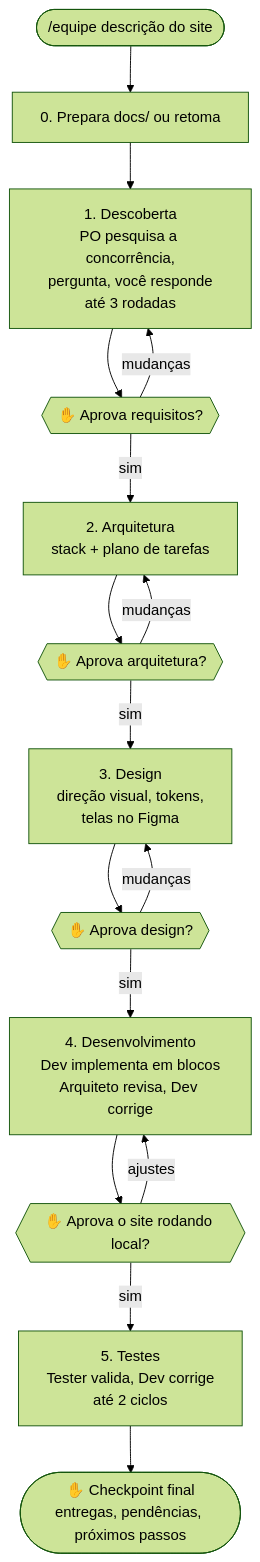
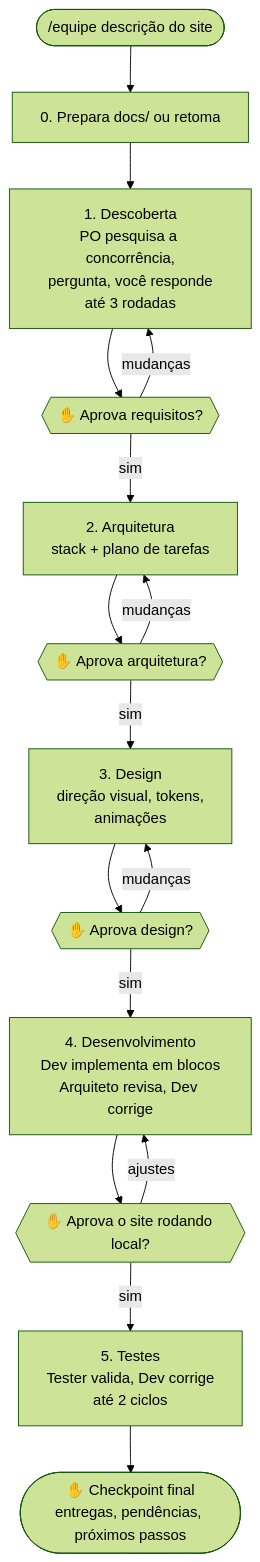
One commit to victordosanjos1/equipe-dev changed the diagram in README.md. Above: the diagram before and after it, drawn with Mermaid (forest theme). The commit also changed other lines of this file and 5 other files, not shown here.

````diff
--- a/README.md
+++ b/README.md
@@ -51,18 +51,18 @@
 ```mermaid
 flowchart TD
     A(["/equipe descrição do site"]) --> B[0. Prepara docs/ ou retoma]
     B --> C[1. Descoberta<br/>PO pesquisa a concorrência,<br/>pergunta, você responde<br/>até 3 rodadas]
     C --> C1{{✋ Aprova requisitos?}}
     C1 -- mudanças --> C
     C1 -- sim --> D[2. Arquitetura<br/>stack + plano de tarefas]
     D --> D1{{✋ Aprova arquitetura?}}
     D1 -- mudanças --> D
-    D1 -- sim --> E[3. Design<br/>direção visual, tokens,<br/>telas no Figma]
+    D1 -- sim --> E[3. Design<br/>direção visual, tokens,<br/>animações]
     E --> E1{{✋ Aprova design?}}
     E1 -- mudanças --> E
     E1 -- sim --> F[4. Desenvolvimento<br/>Dev implementa em blocos<br/>Arquiteto revisa, Dev corrige]
     F --> F1{{✋ Aprova o site rodando local?}}
     F1 -- ajustes --> F
     F1 -- sim --> G[5. Testes<br/>Tester valida, Dev corrige<br/>até 2 ciclos]
     G --> H([✋ Checkpoint final<br/>entregas, pendências, próximos passos])
 ```
````
